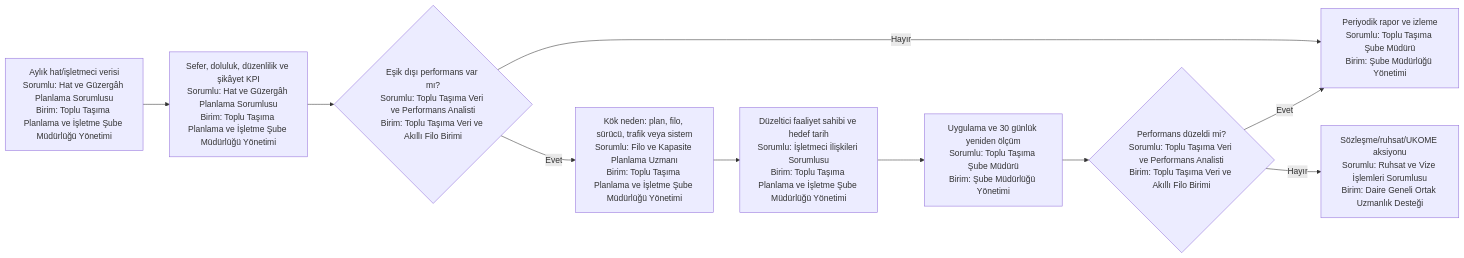
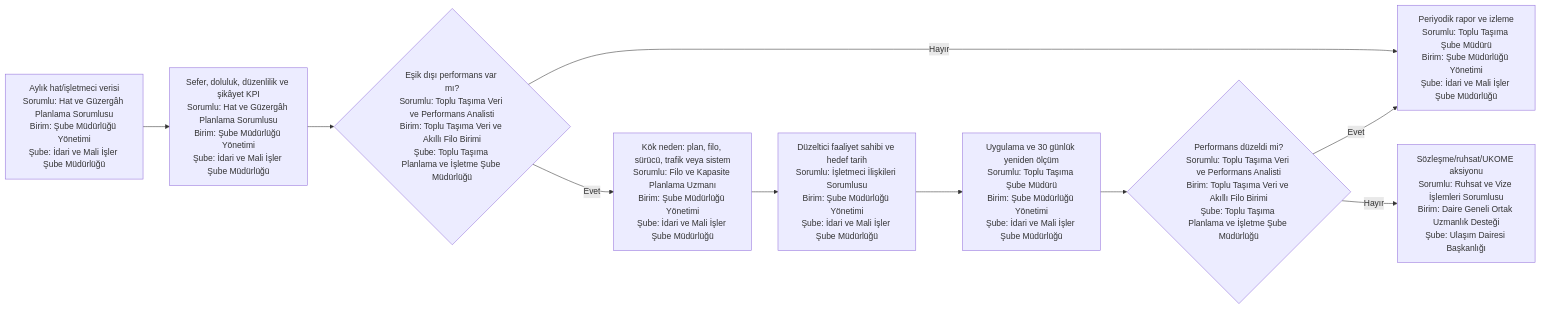
The fifth of 5 diagrams in 15_yalin_surec_haritalari/toplu_ulasim/README.md (merdaergen-create/Ulasim_Dairesi_Is_Analizi), drawn with Mermaid before and after one commit. The commit also changed other lines of this file and 20 other files, not shown here.

````diff
--- a/15_yalin_surec_haritalari/toplu_ulasim/README.md
+++ b/15_yalin_surec_haritalari/toplu_ulasim/README.md
@@ -148,12 +168,12 @@
 ```mermaid
 flowchart LR
-    A[Aylık hat/işletmeci verisi<br/>Sorumlu: Hat ve Güzergâh Planlama Sorumlusu<br/>Birim: Toplu Taşıma Planlama ve İşletme Şube Müdürlüğü Yönetimi] --> B[Sefer, doluluk, düzenlilik ve şikâyet KPI<br/>Sorumlu: Hat ve Güzergâh Planlama Sorumlusu<br/>Birim: Toplu Taşıma Planlama ve İşletme Şube Müdürlüğü Yönetimi]
-    B --> C{Eşik dışı performans var mı?<br/>Sorumlu: Toplu Taşıma Veri ve Performans Analisti<br/>Birim: Toplu Taşıma Veri ve Akıllı Filo Birimi}
-    C -- Hayır --> D[Periyodik rapor ve izleme<br/>Sorumlu: Toplu Taşıma Şube Müdürü<br/>Birim: Şube Müdürlüğü Yönetimi]
-    C -- Evet --> E[Kök neden: plan, filo, sürücü, trafik veya sistem<br/>Sorumlu: Filo ve Kapasite Planlama Uzmanı<br/>Birim: Toplu Taşıma Planlama ve İşletme Şube Müdürlüğü Yönetimi]
-    E --> F[Düzeltici faaliyet sahibi ve hedef tarih<br/>Sorumlu: İşletmeci İlişkileri Sorumlusu<br/>Birim: Toplu Taşıma Planlama ve İşletme Şube Müdürlüğü Yönetimi]
-    F --> G[Uygulama ve 30 günlük yeniden ölçüm<br/>Sorumlu: Toplu Taşıma Şube Müdürü<br/>Birim: Şube Müdürlüğü Yönetimi]
-    G --> H{Performans düzeldi mi?<br/>Sorumlu: Toplu Taşıma Veri ve Performans Analisti<br/>Birim: Toplu Taşıma Veri ve Akıllı Filo Birimi}
-    H -- Hayır --> I[Sözleşme/ruhsat/UKOME aksiyonu<br/>Sorumlu: Ruhsat ve Vize İşlemleri Sorumlusu<br/>Birim: Daire Geneli Ortak Uzmanlık Desteği]
+    A[Aylık hat/işletmeci verisi<br/>Sorumlu: Hat ve Güzergâh Planlama Sorumlusu<br/>Birim: Şube Müdürlüğü Yönetimi<br/>Şube: İdari ve Mali İşler Şube Müdürlüğü] --> B[Sefer, doluluk, düzenlilik ve şikâyet KPI<br/>Sorumlu: Hat ve Güzergâh Planlama Sorumlusu<br/>Birim: Şube Müdürlüğü Yönetimi<br/>Şube: İdari ve Mali İşler Şube Müdürlüğü]
+    B --> C{Eşik dışı performans var mı?<br/>Sorumlu: Toplu Taşıma Veri ve Performans Analisti<br/>Birim: Toplu Taşıma Veri ve Akıllı Filo Birimi<br/>Şube: Toplu Taşıma Planlama ve İşletme Şube Müdürlüğü}
+    C -- Hayır --> D[Periyodik rapor ve izleme<br/>Sorumlu: Toplu Taşıma Şube Müdürü<br/>Birim: Şube Müdürlüğü Yönetimi<br/>Şube: İdari ve Mali İşler Şube Müdürlüğü]
+    C -- Evet --> E[Kök neden: plan, filo, sürücü, trafik veya sistem<br/>Sorumlu: Filo ve Kapasite Planlama Uzmanı<br/>Birim: Şube Müdürlüğü Yönetimi<br/>Şube: İdari ve Mali İşler Şube Müdürlüğü]
+    E --> F[Düzeltici faaliyet sahibi ve hedef tarih<br/>Sorumlu: İşletmeci İlişkileri Sorumlusu<br/>Birim: Şube Müdürlüğü Yönetimi<br/>Şube: İdari ve Mali İşler Şube Müdürlüğü]
+    F --> G[Uygulama ve 30 günlük yeniden ölçüm<br/>Sorumlu: Toplu Taşıma Şube Müdürü<br/>Birim: Şube Müdürlüğü Yönetimi<br/>Şube: İdari ve Mali İşler Şube Müdürlüğü]
+    G --> H{Performans düzeldi mi?<br/>Sorumlu: Toplu Taşıma Veri ve Performans Analisti<br/>Birim: Toplu Taşıma Veri ve Akıllı Filo Birimi<br/>Şube: Toplu Taşıma Planlama ve İşletme Şube Müdürlüğü}
+    H -- Hayır --> I[Sözleşme/ruhsat/UKOME aksiyonu<br/>Sorumlu: Ruhsat ve Vize İşlemleri Sorumlusu<br/>Birim: Daire Geneli Ortak Uzmanlık Desteği<br/>Şube: Ulaşım Dairesi Başkanlığı]
     H -- Evet --> D
 ```
````
